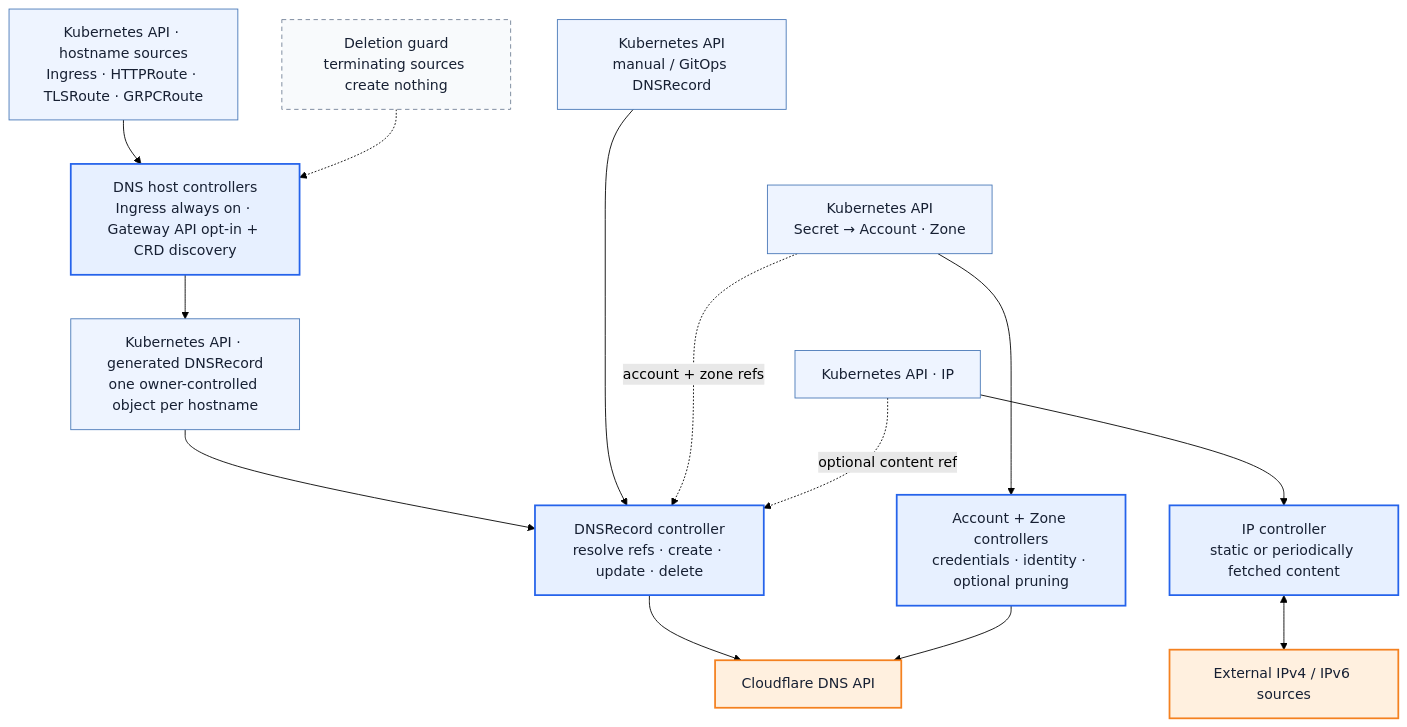
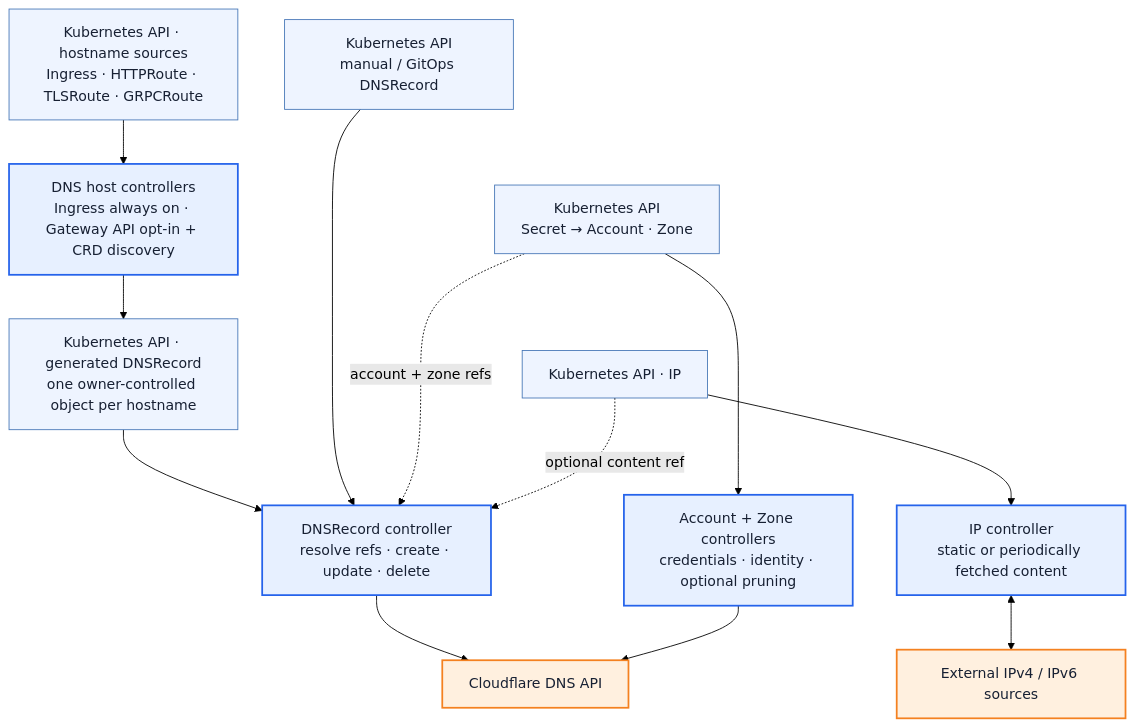
Before and after one commit to containeroo/containeroo.ch: the diagram in content/en/docs/cloudflare-operator/core_concepts.md, drawn with Mermaid (forest theme).

Commit message:
docs(cloudflare-operator): simplify architecture diagram

````diff
--- a/content/en/docs/cloudflare-operator/core_concepts.md
+++ b/content/en/docs/cloudflare-operator/core_concepts.md
@@ -11,33 +11,30 @@
 ```mermaid
 flowchart TB
   hostSources["Kubernetes API · hostname sources<br/>Ingress · HTTPRoute · TLSRoute · GRPCRoute"]
   hostController["DNS host controllers<br/>Ingress always on · Gateway API opt-in + CRD discovery"]
   generated["Kubernetes API · generated DNSRecord<br/>one owner-controlled object per hostname"]
   dnsController["DNSRecord controller<br/>resolve refs · create · update · delete"]
   cloudflare["Cloudflare DNS API"]
 
   hostSources --> hostController --> generated --> dnsController --> cloudflare
 
-  deletionGuard["Deletion guard<br/>terminating sources create nothing"] -.-> hostController
   manual["Kubernetes API<br/>manual / GitOps DNSRecord"] --> dnsController
 
   scope["Kubernetes API<br/>Secret → Account · Zone"] --> scopeController["Account + Zone controllers<br/>credentials · identity · optional pruning"]
   scopeController --> cloudflare
   scope -. "account + zone refs" .-> dnsController
 
   ip["Kubernetes API · IP"] --> ipController["IP controller<br/>static or periodically fetched content"]
   ipController <--> ipSources["External IPv4 / IPv6 sources"]
   ip -. "optional content ref" .-> dnsController
 
   manual ~~~ scope
   scope ~~~ ip
 
   classDef resource fill:#eef4ff,stroke:#4777b7,color:#172033
   classDef controller fill:#e7f0ff,stroke:#2563eb,color:#172033,stroke-width:2px
   classDef external fill:#fff0df,stroke:#f48120,color:#172033,stroke-width:2px
-  classDef note fill:#f8fafc,stroke:#718096,color:#172033,stroke-dasharray:5 4
   class hostSources,generated,manual,scope,ip resource
   class scopeController,ipController,hostController,dnsController controller
   class cloudflare,ipSources external
-  class deletionGuard note
 ```
````
